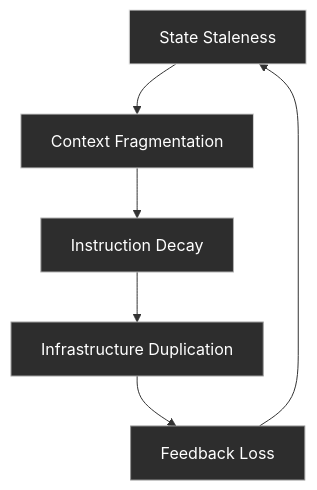
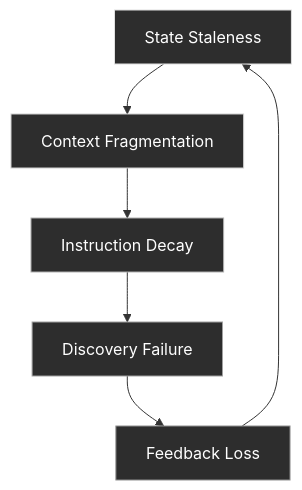
Before and after one commit to crowcreation/nexus: the diagram in diagrams/coherence-maintenance.mmd, drawn with Mermaid. The commit also changed 8 other files, not shown here.

```diff
--- a/diagrams/coherence-maintenance.mmd
+++ b/diagrams/coherence-maintenance.mmd
@@ -1,12 +1,12 @@
 graph TD
     SS["State Staleness"] --> CF["Context Fragmentation"]
     CF --> ID["Instruction Decay"]
-    ID --> IDup["Infrastructure Duplication"]
-    IDup --> FL["Feedback Loss"]
+    ID --> DF["Discovery Failure"]
+    DF --> FL["Feedback Loss"]
     FL --> SS
 
     style SS fill:#2d2d2d,stroke:#e0e0e0,color:#ffffff
     style CF fill:#2d2d2d,stroke:#d0d0d0,color:#ffffff
     style ID fill:#2d2d2d,stroke:#b0b0b0,color:#ffffff
-    style IDup fill:#2d2d2d,stroke:#a0a0a0,color:#ffffff
+    style DF fill:#2d2d2d,stroke:#a0a0a0,color:#ffffff
     style FL fill:#2d2d2d,stroke:#909090,color:#ffffff
```
